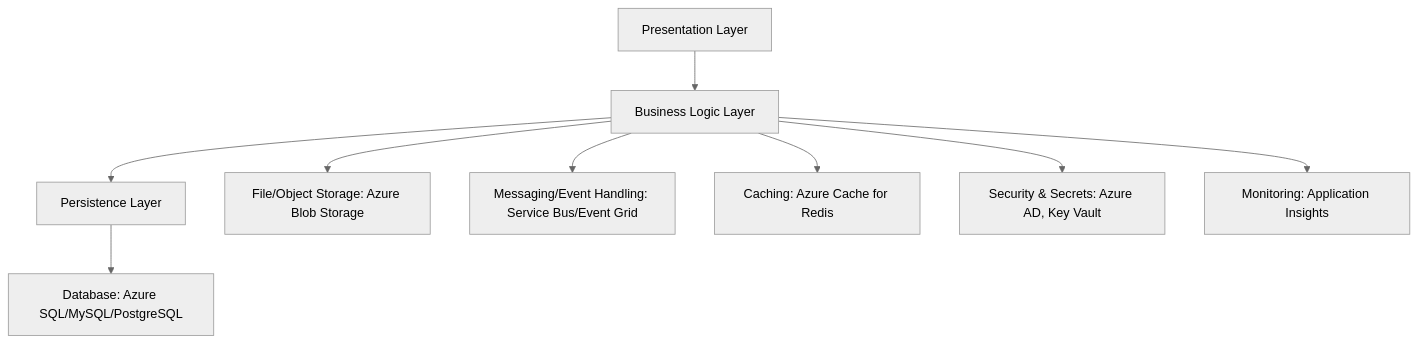
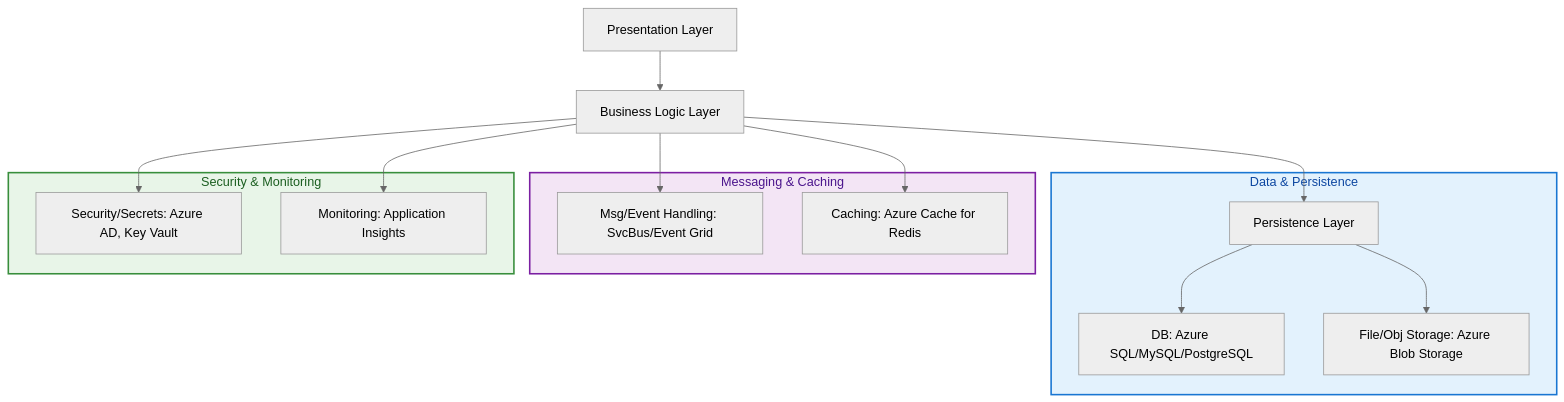
Before and after one commit to cassmastern/lers-sandbox: the first of 5 diagrams in docs/jakarta-ee-azure.md, drawn with Mermaid (neutral theme). The commit also changed other lines of this file, not shown here.

Commit message:
jakarta diagrams 'portraitized' a littl bit (can't do much)

````diff
--- a/docs/jakarta-ee-azure.md
+++ b/docs/jakarta-ee-azure.md
@@ -51,11 +52,38 @@
 ```mermaid
 flowchart TD
-  A["Presentation Layer"] --> B["Business Logic Layer"]
-  B --> C["Persistence Layer"]
-  C --> D["Database: Azure SQL/MySQL/PostgreSQL"]
-  B --> E["File/Object Storage: Azure Blob Storage"]
-  B --> F["Messaging/Event Handling: Service Bus/Event Grid"]
-  B --> G["Caching: Azure Cache for Redis"]
-  B --> H["Security & Secrets: Azure AD, Key Vault"]
-  B --> I["Monitoring: Application Insights"]
+    A["Presentation Layer"]
+    B["Business Logic Layer"]
+    
+    subgraph DataLayer ["Data & Persistence"]
+        C["Persistence Layer"]
+        D["DB: Azure SQL/MySQL/PostgreSQL"]
+        E["File/Obj Storage: Azure Blob Storage"]
+    end
+    
+    subgraph MessagingCache ["Messaging & Caching"]
+        F["Msg/Event Handling: SvcBus/Event Grid"]
+        G["Caching: Azure Cache for Redis"]
+    end
+    
+    subgraph CrossCutting ["Security & Monitoring"]
+        H["Security/Secrets: Azure AD, Key Vault"]
+        I["Monitoring: Application Insights"]
+    end
+    
+    A --> B
+    B --> C
+    C --> D
+    C --> E
+    B --> F
+    B --> G
+    B --> H
+    B --> I
+    
+    classDef dataStyle fill:#e3f2fd,stroke:#1976d2,stroke-width:2px,color:#0d47a1
+    classDef msgStyle fill:#f3e5f5,stroke:#7b1fa2,stroke-width:2px,color:#4a148c
+    classDef crossStyle fill:#e8f5e8,stroke:#388e3c,stroke-width:2px,color:#1b5e20
+    
+    class DataLayer dataStyle
+    class MessagingCache msgStyle
+    class CrossCutting crossStyle
 ```
````
